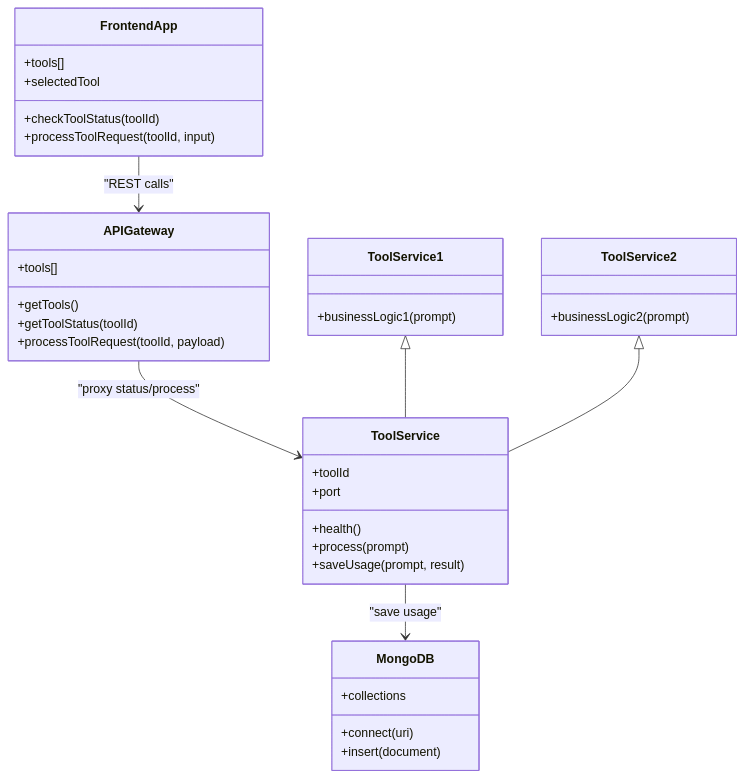
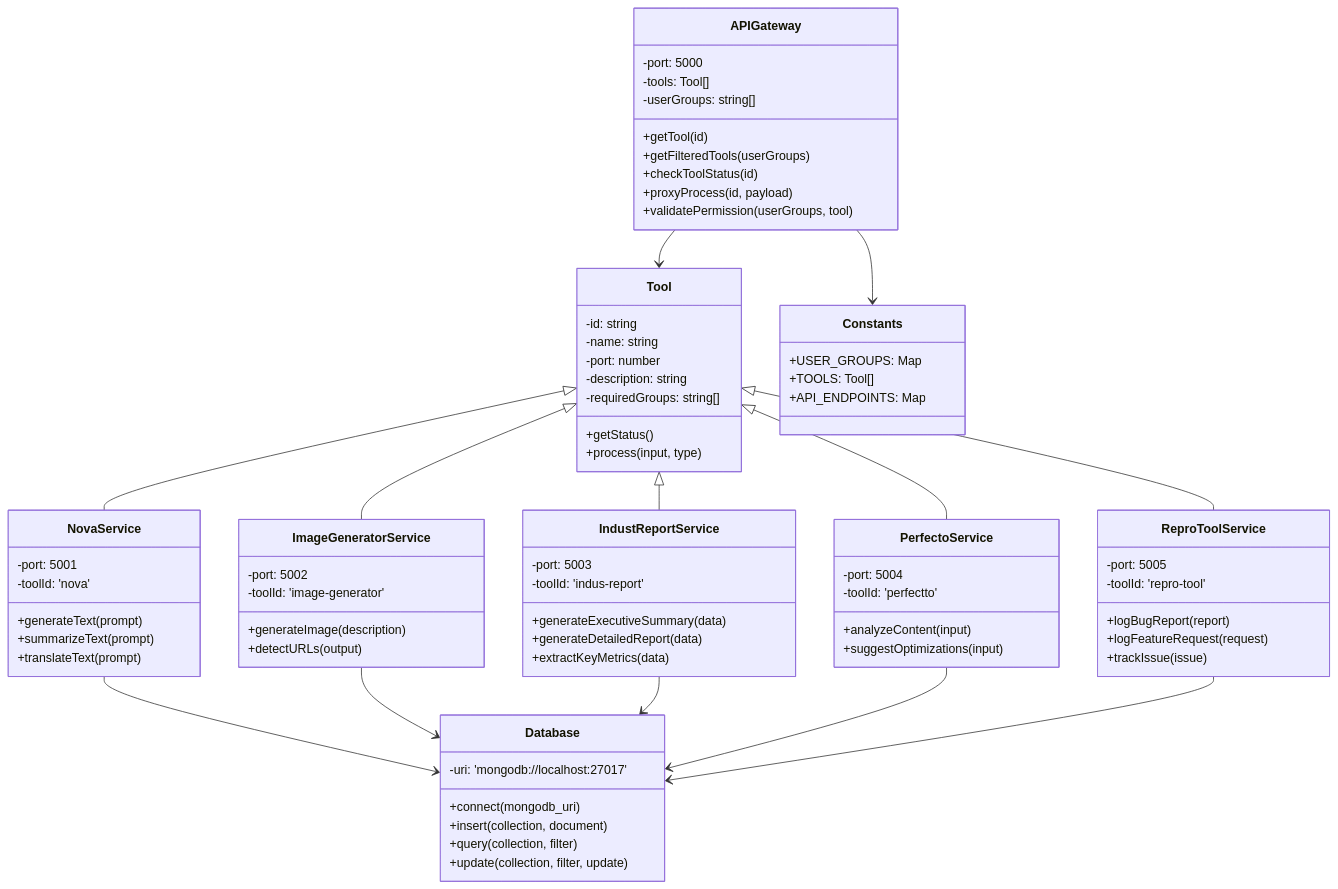
Before and after one commit to kapiljain257-design/AI_Tools: the second of 5 diagrams in docs/diagrams/class_diagram.md, drawn with Mermaid. The commit also changed other lines of this file and 27 other files, not shown here.

````diff
--- a/docs/diagrams/class_diagram.md
+++ b/docs/diagrams/class_diagram.md
@@ -3,46 +115,90 @@
 ```mermaid
 classDiagram
-    class FrontendApp {
-        +tools[]
-        +selectedTool
-        +checkToolStatus(toolId)
-        +processToolRequest(toolId, input)
+    class APIGateway {
+        -port: 5000
+        -tools: Tool[]
+        -userGroups: string[]
+        +getTool(id)
+        +getFilteredTools(userGroups)
+        +checkToolStatus(id)
+        +proxyProcess(id, payload)
+        +validatePermission(userGroups, tool)
     }
 
-    class APIGateway {
-        +tools[]
-        +getTools()
-        +getToolStatus(toolId)
-        +processToolRequest(toolId, payload)
+    class Tool {
+        -id: string
+        -name: string
+        -port: number
+        -description: string
+        -requiredGroups: string[]
+        +getStatus()
+        +process(input, type)
     }
 
-    class ToolService {
-        +toolId
-        +port
-        +health()
-        +process(prompt)
-        +saveUsage(prompt, result)
+    class NovaService {
+        -port: 5001
+        -toolId: 'nova'
+        +generateText(prompt)
+        +summarizeText(prompt)
+        +translateText(prompt)
     }
 
-    class MongoDB {
-        +collections
-        +connect(uri)
-        +insert(document)
+    class ImageGeneratorService {
+        -port: 5002
+        -toolId: 'image-generator'
+        +generateImage(description)
+        +detectURLs(output)
     }
 
-    FrontendApp --> APIGateway : "REST calls"
-    APIGateway --> ToolService : "proxy status/process"
-    ToolService --> MongoDB : "save usage"
-
-    class ToolService1 {
-        +businessLogic1(prompt)
-    }
-    class ToolService2 {
-        +businessLogic2(prompt)
+    class IndustReportService {
+        -port: 5003
+        -toolId: 'indus-report'
+        +generateExecutiveSummary(data)
+        +generateDetailedReport(data)
+        +extractKeyMetrics(data)
     }
 
-    ToolService1 <|-- ToolService
-    ToolService2 <|-- ToolService
+    class PerfectoService {
+        -port: 5004
+        -toolId: 'perfectto'
+        +analyzeContent(input)
+        +suggestOptimizations(input)
+    }
 
-    %% If using unique service classes, model them here; else they share ToolService interface
+    class ReproToolService {
+        -port: 5005
+        -toolId: 'repro-tool'
+        +logBugReport(report)
+        +logFeatureRequest(request)
+        +trackIssue(issue)
+    }
+
+    class Database {
+        -uri: 'mongodb://localhost:27017'
+        +connect(mongodb_uri)
+        +insert(collection, document)
+        +query(collection, filter)
+        +update(collection, filter, update)
+    }
+
+    class Constants {
+        +USER_GROUPS: Map
+        +TOOLS: Tool[]
+        +API_ENDPOINTS: Map
+    }
+
+    APIGateway --> Constants
+    APIGateway --> Tool
+    
+    Tool <|-- NovaService
+    Tool <|-- ImageGeneratorService
+    Tool <|-- IndustReportService
+    Tool <|-- PerfectoService
+    Tool <|-- ReproToolService
+
+    NovaService --> Database
+    ImageGeneratorService --> Database
+    IndustReportService --> Database
+    PerfectoService --> Database
+    ReproToolService --> Database
 ```
````
